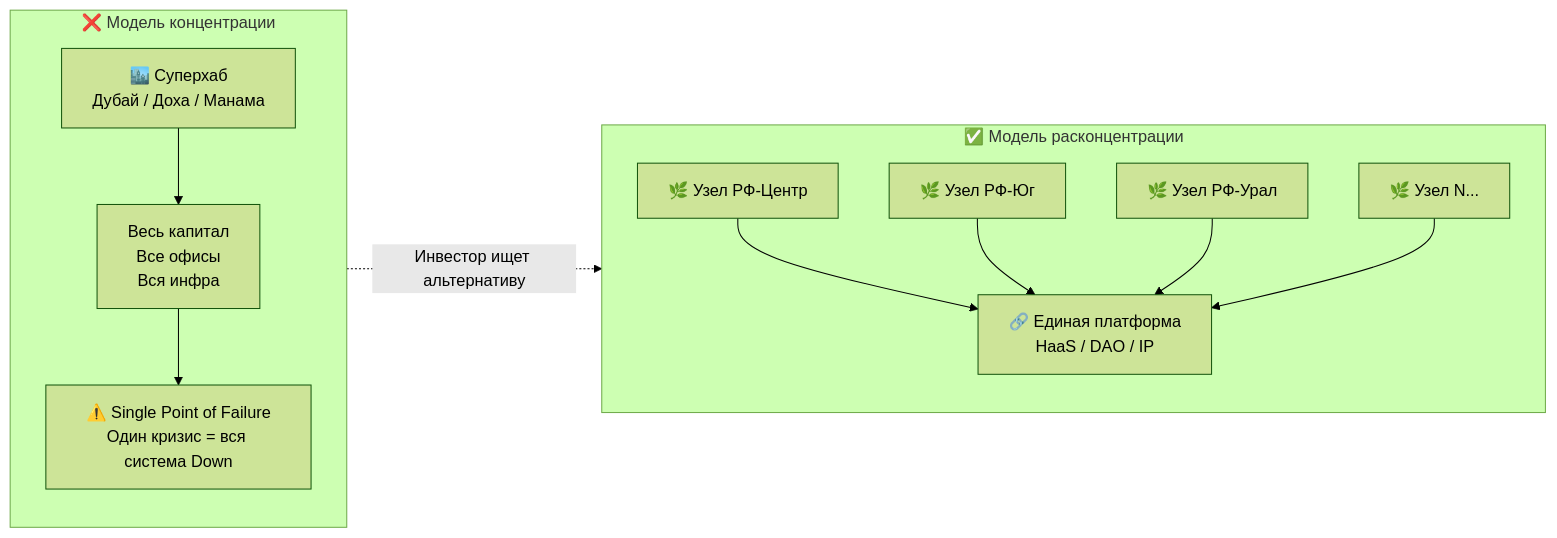
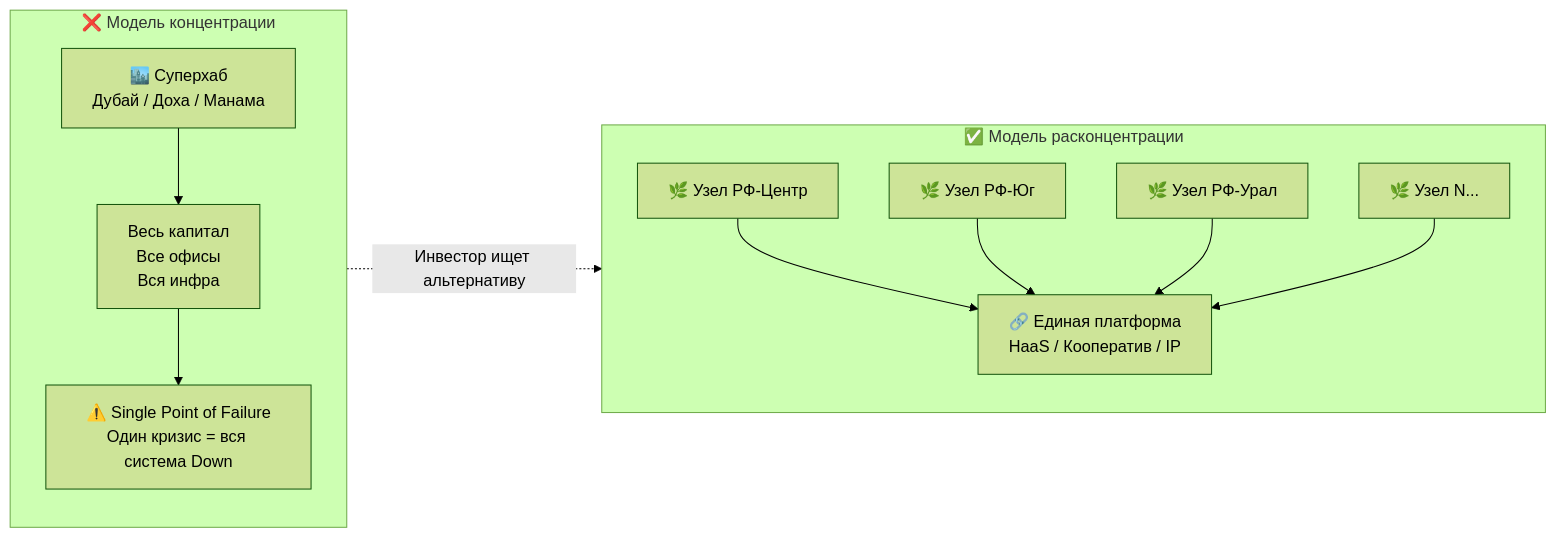
Before and after one commit to NeuroLoft/NEURO-ESTATE: the first of 2 diagrams in ТЭО_Родовое_Поместье_Кейс/ТЭО_Родовое_Поместье_Раздел_1_Введение.md, drawn with Mermaid (forest theme). The commit also changed other lines of this file and 33 other files, not shown here.

````diff
--- a/ТЭО_Родовое_Поместье_Кейс/ТЭО_Родовое_Поместье_Раздел_1_Введение.md
+++ b/ТЭО_Родовое_Поместье_Кейс/ТЭО_Родовое_Поместье_Раздел_1_Введение.md
@@ -61,18 +66,18 @@
 ```mermaid
 flowchart LR
     subgraph РИСК["❌ Модель концентрации"]
         H1["🏙️ Суперхаб\nДубай / Доха / Манама"]
         H2["Весь капитал\nВсе офисы\nВся инфра"]
         H3["⚠️ Single Point of Failure\nОдин кризис = вся система Down"]
         H1 --> H2 --> H3
     end
     subgraph РЕШЕНИЕ["✅ Модель расконцентрации"]
         N1["🌿 Узел РФ-Центр"]
         N2["🌿 Узел РФ-Юг"]
         N3["🌿 Узел РФ-Урал"]
         N4["🌿 Узел N..."]
-        CORE["🔗 Единая платформа\nHaaS / DAO / IP"]
+        CORE["🔗 Единая платформа\nHaaS / Кооператив / IP"]
         N1 & N2 & N3 & N4 --> CORE
     end
     РИСК -.->|"Инвестор ищет альтернативу"| РЕШЕНИЕ
 ```
````
